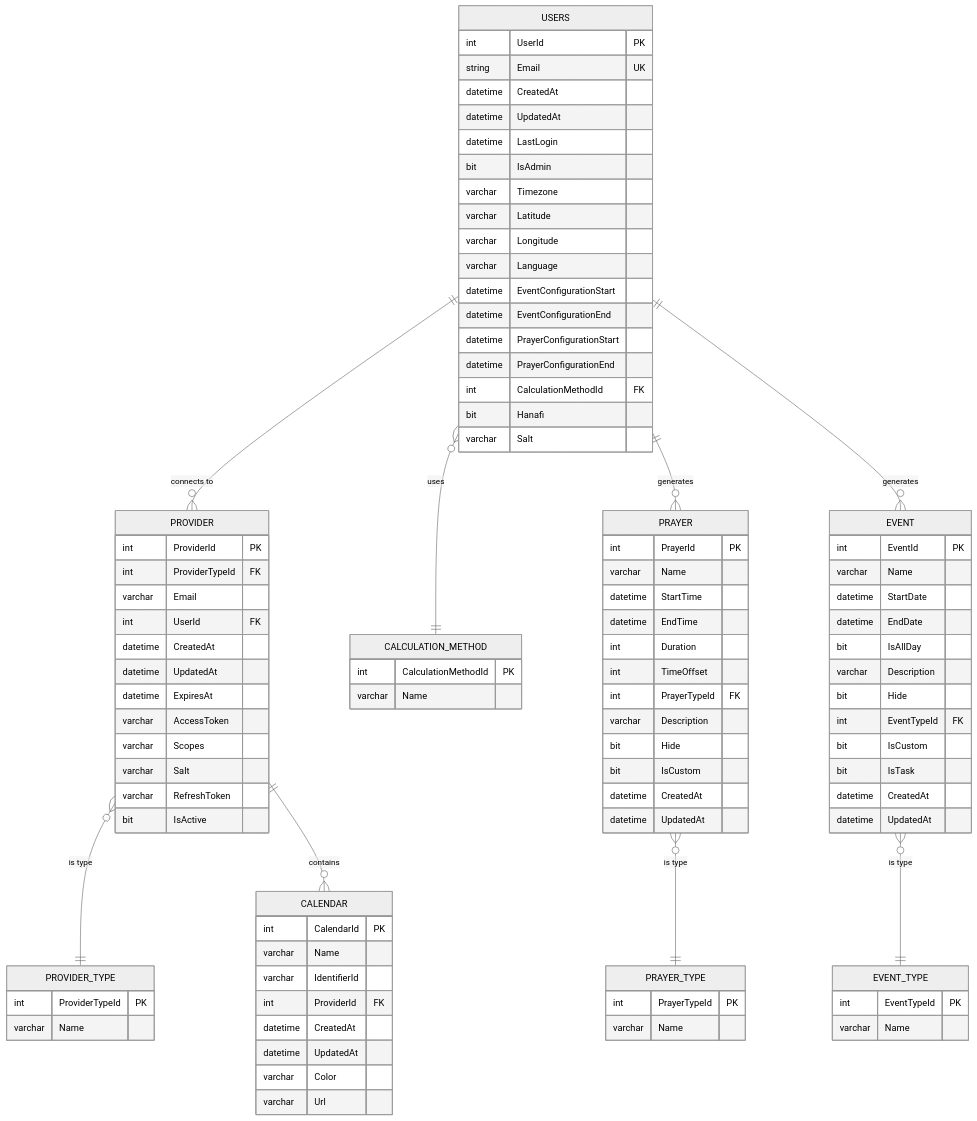
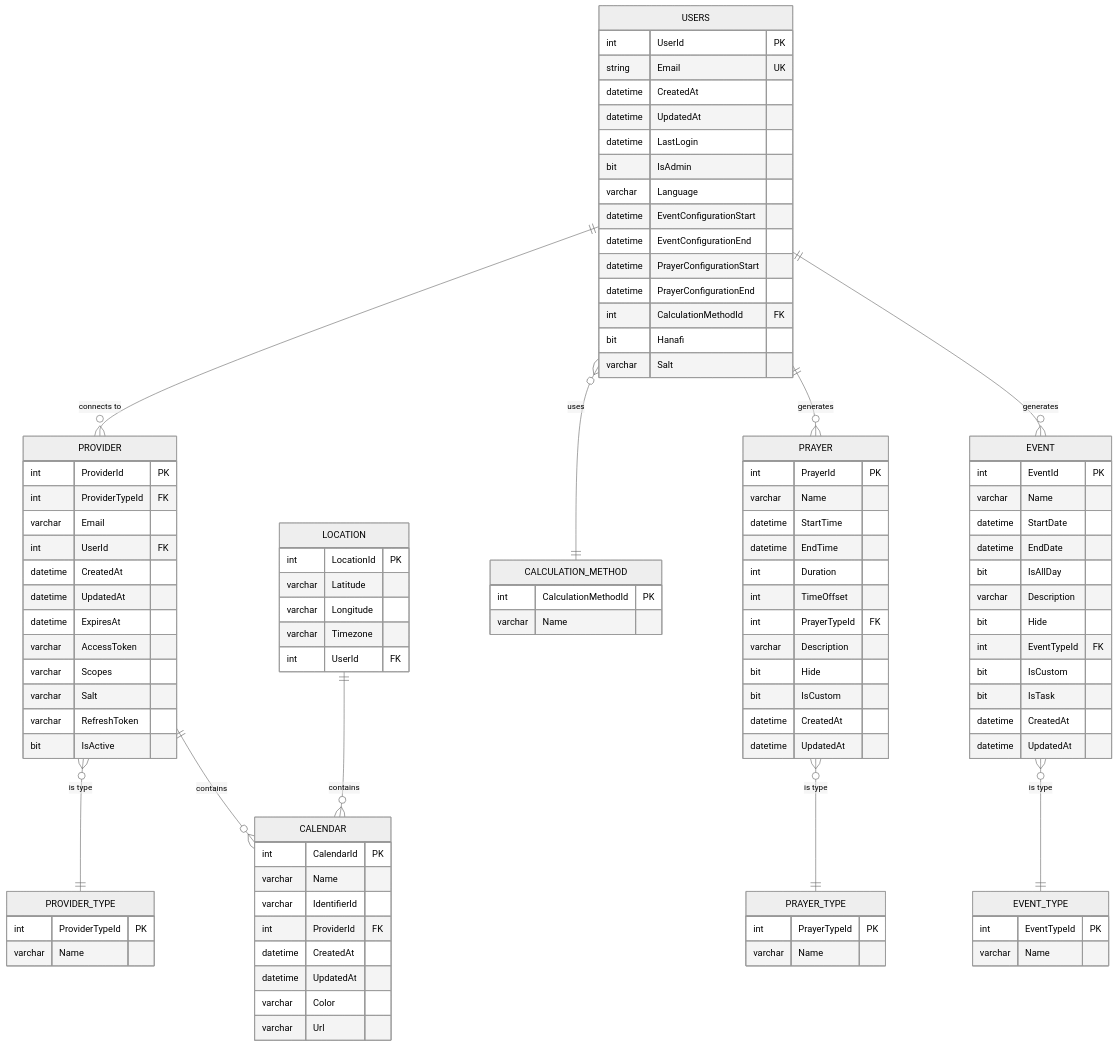
The diagram in _wiki/entity_overview_and_design.md (mdw223/Islamic-Calendar-Sync), drawn with Mermaid (neutral theme) before and after one commit. The commit also changed other lines of this file, not shown here.

```diff
--- a/_wiki/entity_overview_and_design.md
+++ b/_wiki/entity_overview_and_design.md
@@ -72,9 +74,6 @@
         datetime UpdatedAt
         datetime LastLogin
         bit IsAdmin
-        varchar Timezone
-        varchar Latitude
-        varchar Longitude
         varchar Language
         datetime EventConfigurationStart
         datetime EventConfigurationEnd
@@ -83,6 +82,14 @@
         int CalculationMethodId FK
         bit Hanafi
         varchar Salt
+    }
+
+    LOCATION {
+        int LocationId PK
+        varchar Latitude
+        varchar Longitude
+        varchar Timezone
+        int UserId FK
     }
 
     PROVIDER {
@@ -162,6 +169,7 @@
     }
 
     USERS ||--o{ PROVIDER : "connects to"
+    LOCATION ||--o{ CALENDAR : "contains"
     PROVIDER }o--|| PROVIDER_TYPE : "is type"
     PROVIDER ||--o{ CALENDAR : "contains"
     USERS }o--|| CALCULATION_METHOD : "uses"
```
